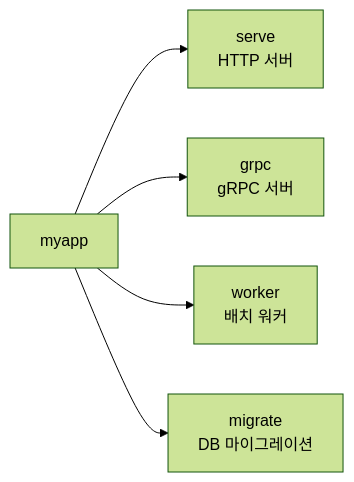
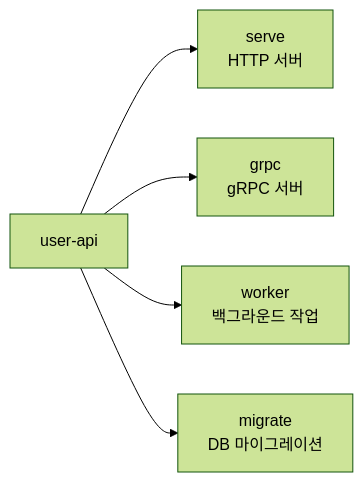
Before and after one commit to KimSeogyu/KimSeogyu.github.io: the third of 3 diagrams in src/content/backend/go/enterprise-go-1-project-structure.md, drawn with Mermaid (forest theme). The commit also changed other lines of this file and 7 other files, not shown here.

````diff
--- a/src/content/backend/go/enterprise-go-1-project-structure.md
+++ b/src/content/backend/go/enterprise-go-1-project-structure.md
@@ -224,7 +159,7 @@
 ```mermaid
 graph LR
-    MAIN[myapp] --> SERVE[serve<br/>HTTP 서버]
-    MAIN --> GRPC[grpc<br/>gRPC 서버]
-    MAIN --> WORKER[worker<br/>배치 워커]
-    MAIN --> MIGRATE[migrate<br/>DB 마이그레이션]
+    BIN[user-api] --> SERVE[serve<br/>HTTP 서버]
+    BIN --> GRPC[grpc<br/>gRPC 서버]
+    BIN --> WORKER[worker<br/>백그라운드 작업]
+    BIN --> MIGRATE[migrate<br/>DB 마이그레이션]
 ```
````
